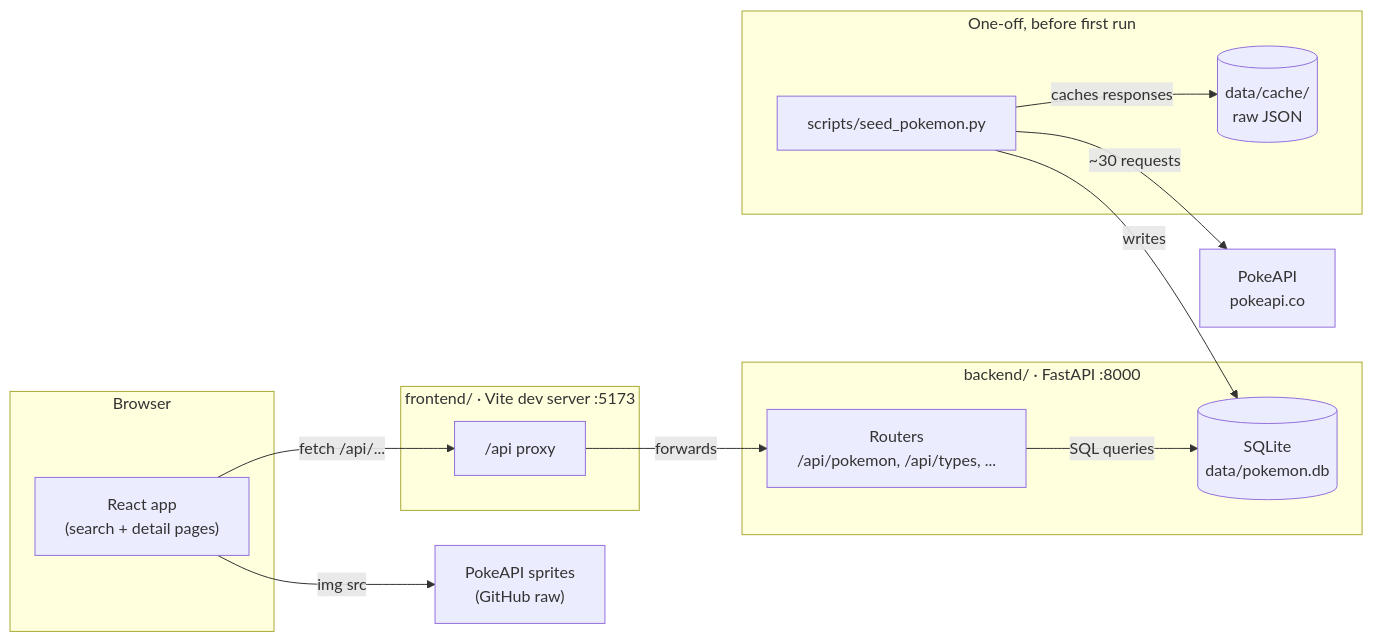
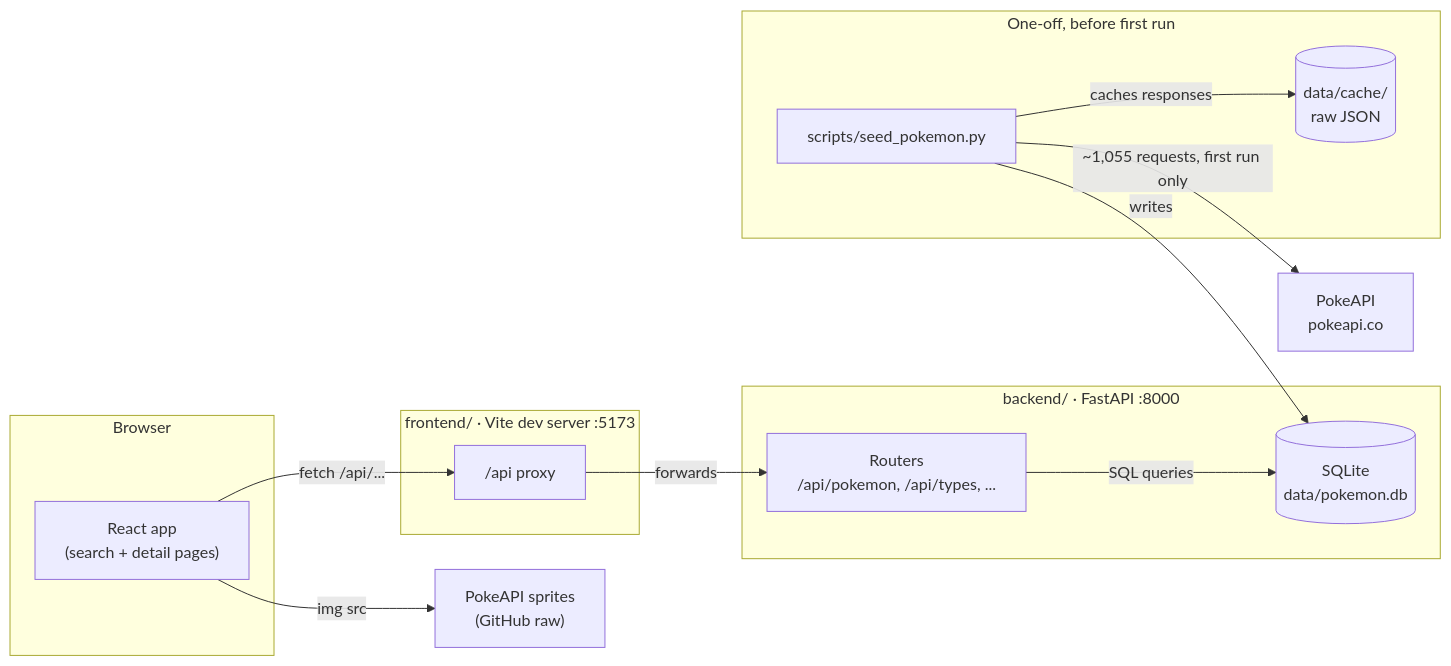
Before and after one commit to Ashura-Sheikh/Sheiko-Pokemon-Search-FastAPI-React: the first of 2 diagrams in README.md, drawn with Mermaid. The commit also changed other lines of this file and 15 other files, not shown here.

````diff
--- a/README.md
+++ b/README.md
@@ -20,31 +20,31 @@
 ```mermaid
 flowchart LR
     subgraph Browser
         UI["React app<br/>(search + detail pages)"]
     end
 
     subgraph Frontend["frontend/ · Vite dev server :5173"]
         Proxy["/api proxy"]
     end
 
     subgraph Backend["backend/ · FastAPI :8000"]
         API["Routers<br/>/api/pokemon, /api/types, ..."]
         DB[("SQLite<br/>data/pokemon.db")]
     end
 
     subgraph Offline["One-off, before first run"]
         Seed["scripts/seed_pokemon.py"]
         Cache[("data/cache/<br/>raw JSON")]
     end
 
     PokeAPI["PokeAPI<br/>pokeapi.co"]
     Sprites["PokeAPI sprites<br/>(GitHub raw)"]
 
     UI -- "fetch /api/..." --> Proxy
     Proxy -- "forwards" --> API
     API -- "SQL queries" --> DB
     UI -- "img src" --> Sprites
-    Seed -- "~30 requests" --> PokeAPI
+    Seed -- "~1,055 requests, first run only" --> PokeAPI
     Seed -- "caches responses" --> Cache
     Seed -- "writes" --> DB
 ```
````
